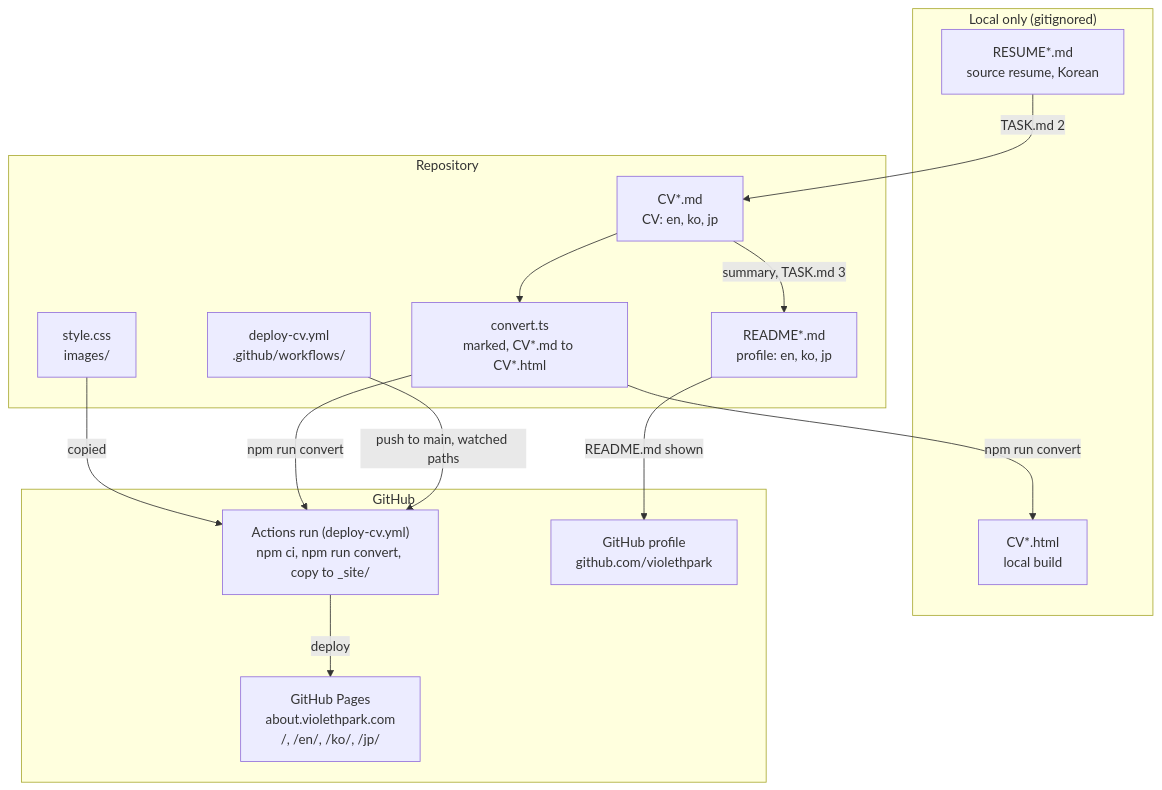
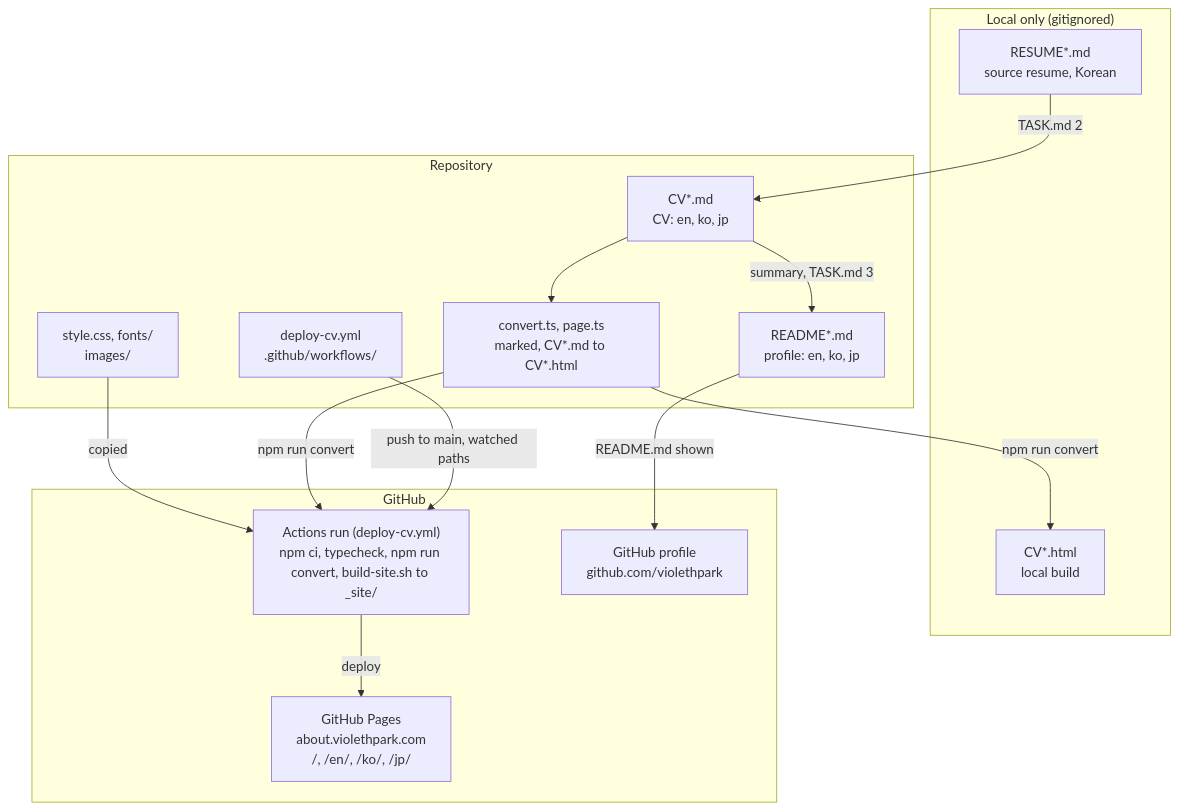
Before and after one commit to violethpark/violethpark: the diagram in diagrams/repo-structure.mmd, drawn with Mermaid. The commit also changed 5 other files, not shown here.

First line of the commit message:
docs: 발행 구조 그림과 문서에 page.ts·fonts·build-site.sh를 더한다

```diff
--- a/diagrams/repo-structure.mmd
+++ b/diagrams/repo-structure.mmd
@@ -1,26 +1,28 @@
 flowchart TB
+  accTitle: Repository publishing structure
+  accDescr: RESUME*.md is the factual source for the CV in three languages, which the README profiles summarize. convert.ts, with the page script page.ts, turns CV*.md into CV*.html locally and in the deploy workflow; the workflow adds style.css, fonts, and images with build-site.sh and deploys the site to GitHub Pages at about.violethpark.com.
   subgraph local ["Local only (gitignored)"]
     html["CV*.html<br/>local build"]
     resume["RESUME*.md<br/>source resume, Korean"]
   end
   subgraph repo [Repository]
     cv["CV*.md<br/>CV: en, ko, jp"]
     readme["README*.md<br/>profile: en, ko, jp"]
-    assets["style.css<br/>images/"]
-    convert["convert.ts<br/>marked, CV*.md to CV*.html"]
+    assets["style.css, fonts/<br/>images/"]
+    convert["convert.ts, page.ts<br/>marked, CV*.md to CV*.html"]
     workflow["deploy-cv.yml<br/>.github/workflows/"]
   end
   subgraph github [GitHub]
-    run["Actions run (deploy-cv.yml)<br/>npm ci, npm run convert, copy to _site/"]
+    run["Actions run (deploy-cv.yml)<br/>npm ci, typecheck, npm run convert, build-site.sh to _site/"]
     profile["GitHub profile<br/>github.com/violethpark"]
     pages["GitHub Pages<br/>about.violethpark.com<br/>/, /en/, /ko/, /jp/"]
   end
   resume -- "TASK.md 2" --> cv
   cv -- "summary, TASK.md 3" --> readme
   readme -- "README.md shown" --> profile
   cv --> convert
   convert -- "npm run convert" --> html
   assets -- copied --> run
   convert -- "npm run convert" --> run
   workflow -- "push to main, watched paths" --> run
   run -- deploy --> pages
```
